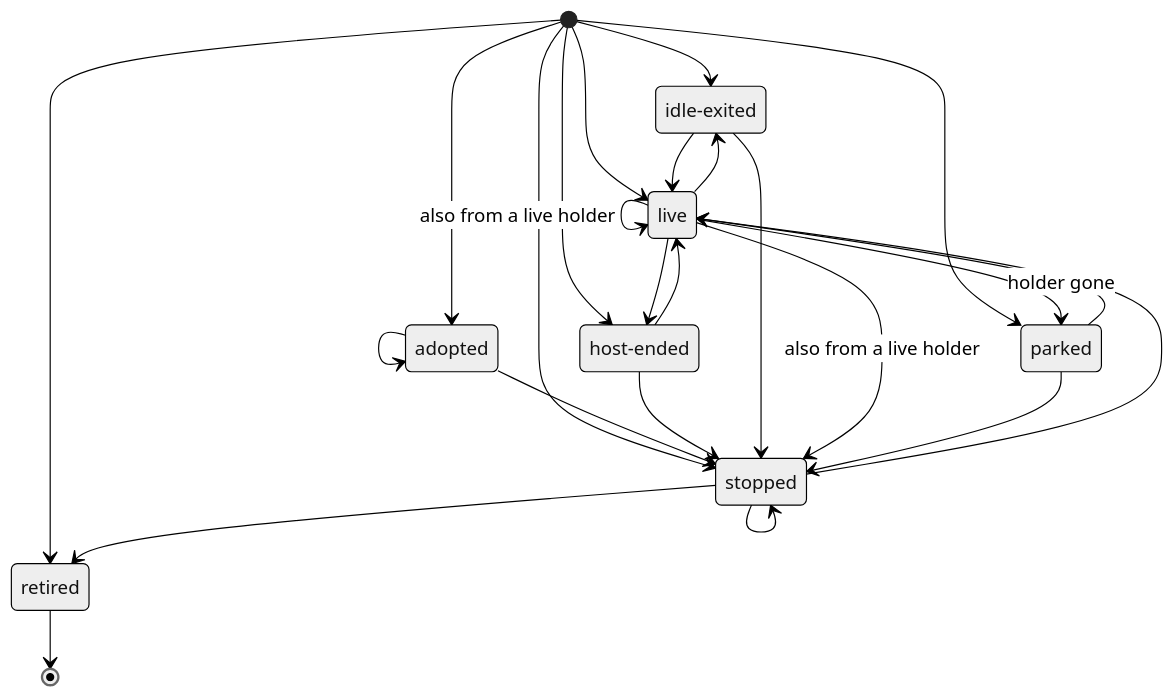
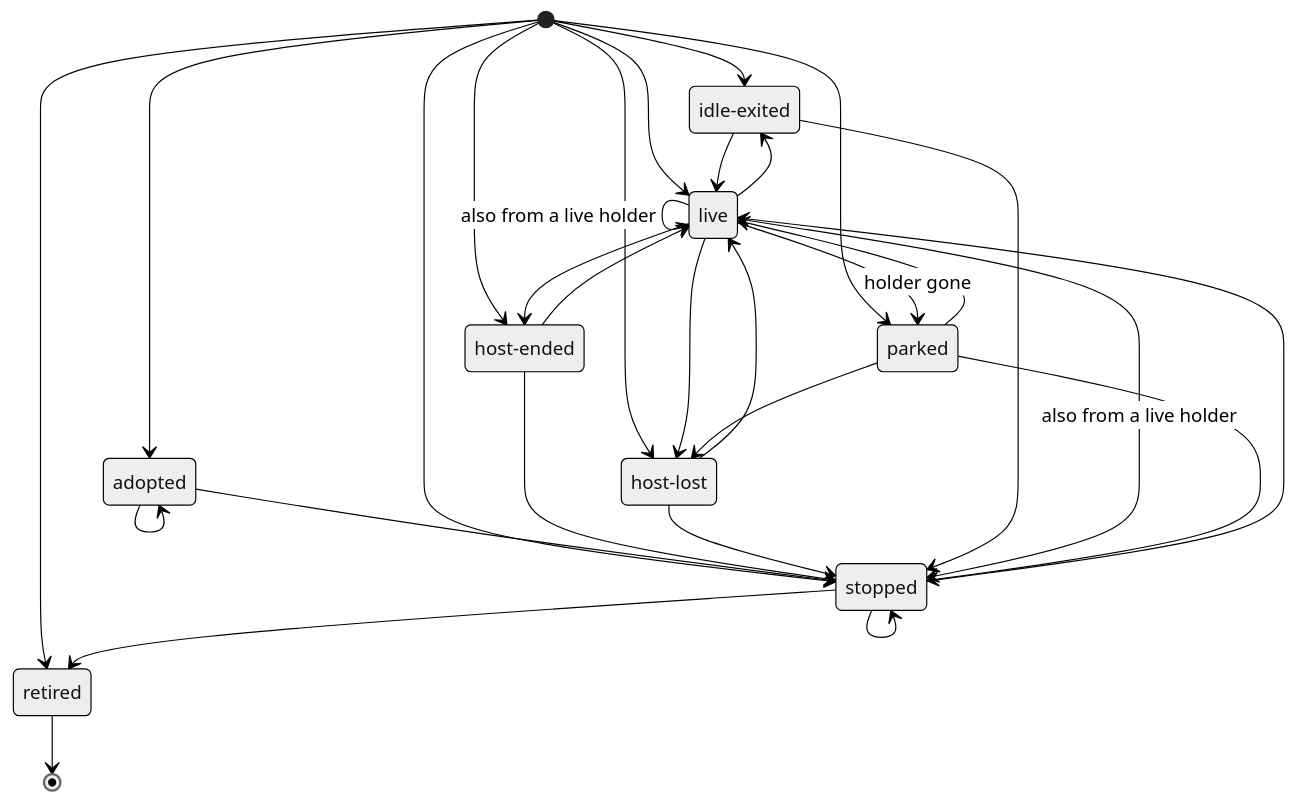
Before and after one commit to tompassarelli/north: the diagram in docs/rationale/state-machines/fleet-session.md, drawn with Mermaid (neutral theme). The commit also changed other lines of this file and 8 other files, not shown here.

````diff
--- a/docs/rationale/state-machines/fleet-session.md
+++ b/docs/rationale/state-machines/fleet-session.md
@@ -6,29 +6,35 @@
 ```mermaid
 stateDiagram-v2
     state "idle-exited" as idle_exited
     state "host-ended" as host_ended
+    state "host-lost" as host_lost
     [*] --> adopted
     [*] --> host_ended
+    [*] --> host_lost
     [*] --> idle_exited
     [*] --> live
     [*] --> parked
     [*] --> retired
     [*] --> stopped
     adopted --> adopted
     adopted --> stopped
     host_ended --> live
     host_ended --> stopped
+    host_lost --> live
+    host_lost --> stopped
     idle_exited --> live
     idle_exited --> stopped
     live --> host_ended
+    live --> host_lost
     live --> idle_exited
     live --> live: also from a live holder
     live --> parked: holder gone
     live --> stopped: also from a live holder
+    parked --> host_lost
     parked --> live
     parked --> stopped
     stopped --> live
     stopped --> retired
     stopped --> stopped
     retired --> [*]
 ```
````
